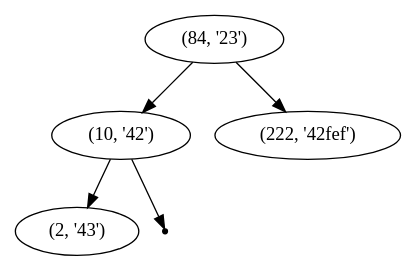
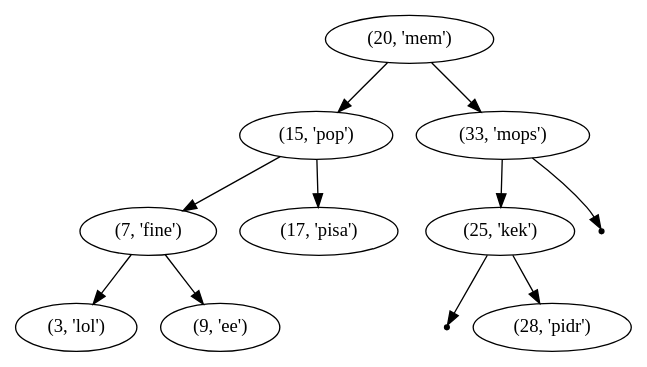
The diagram in graph.dot (r3sako/milk), drawn with Graphviz before and after one commit. The commit also changed 1 other file, not shown here.

```diff
--- a/graph.dot
+++ b/graph.dot
@@ -1,7 +1,14 @@
 digraph BinaryTree {
-"(84, '23')" -> "(10, '42')";
-"(84, '23')" -> "(222, '42fef')";
-"(10, '42')" -> "(2, '43')";
-null_10 [shape=point];
-"(10, '42')" -> null_10;
+"(20, 'mem')" -> "(15, 'pop')";
+"(20, 'mem')" -> "(33, 'mops')";
+"(15, 'pop')" -> "(7, 'fine')";
+"(15, 'pop')" -> "(17, 'pisa')";
+"(7, 'fine')" -> "(3, 'lol')";
+"(7, 'fine')" -> "(9, 'ee')";
+"(33, 'mops')" -> "(25, 'kek')";
+null_33 [shape=point];
+"(33, 'mops')" -> null_33;
+null_25 [shape=point];
+"(25, 'kek')" -> null_25;
+"(25, 'kek')" -> "(28, 'pidr')";
 }
```
